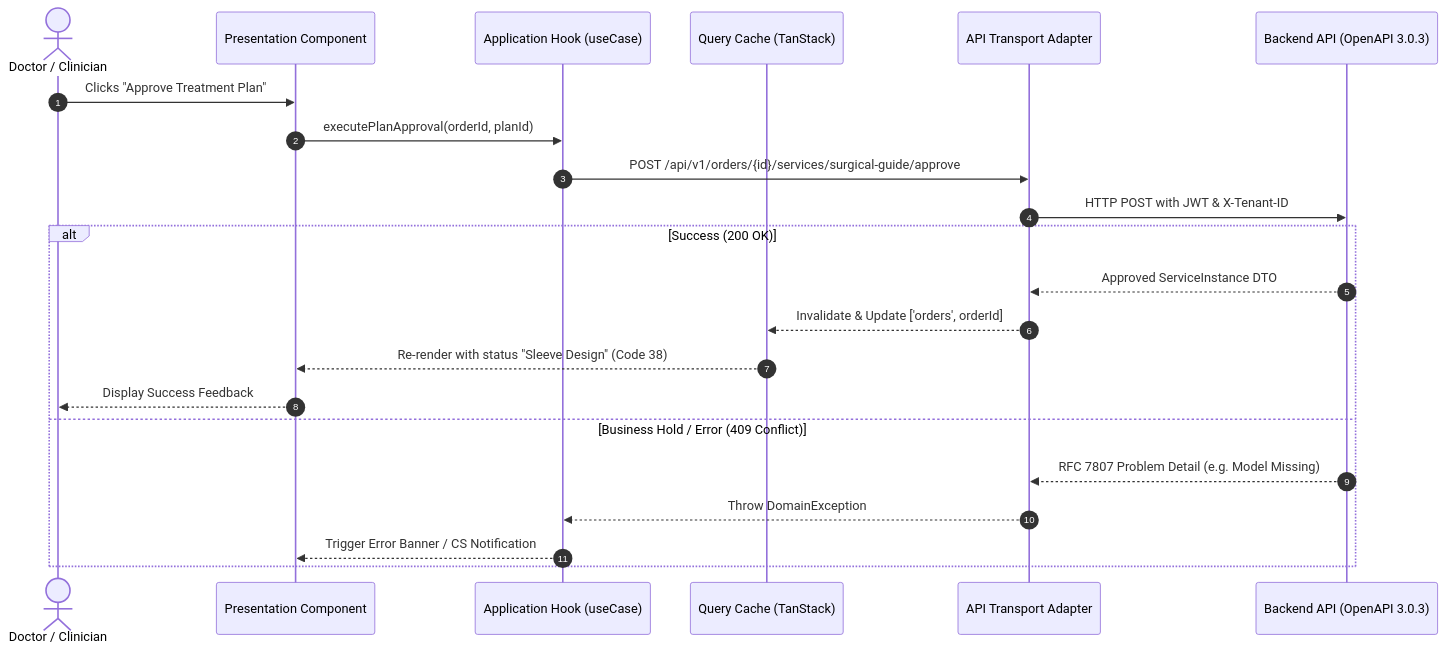
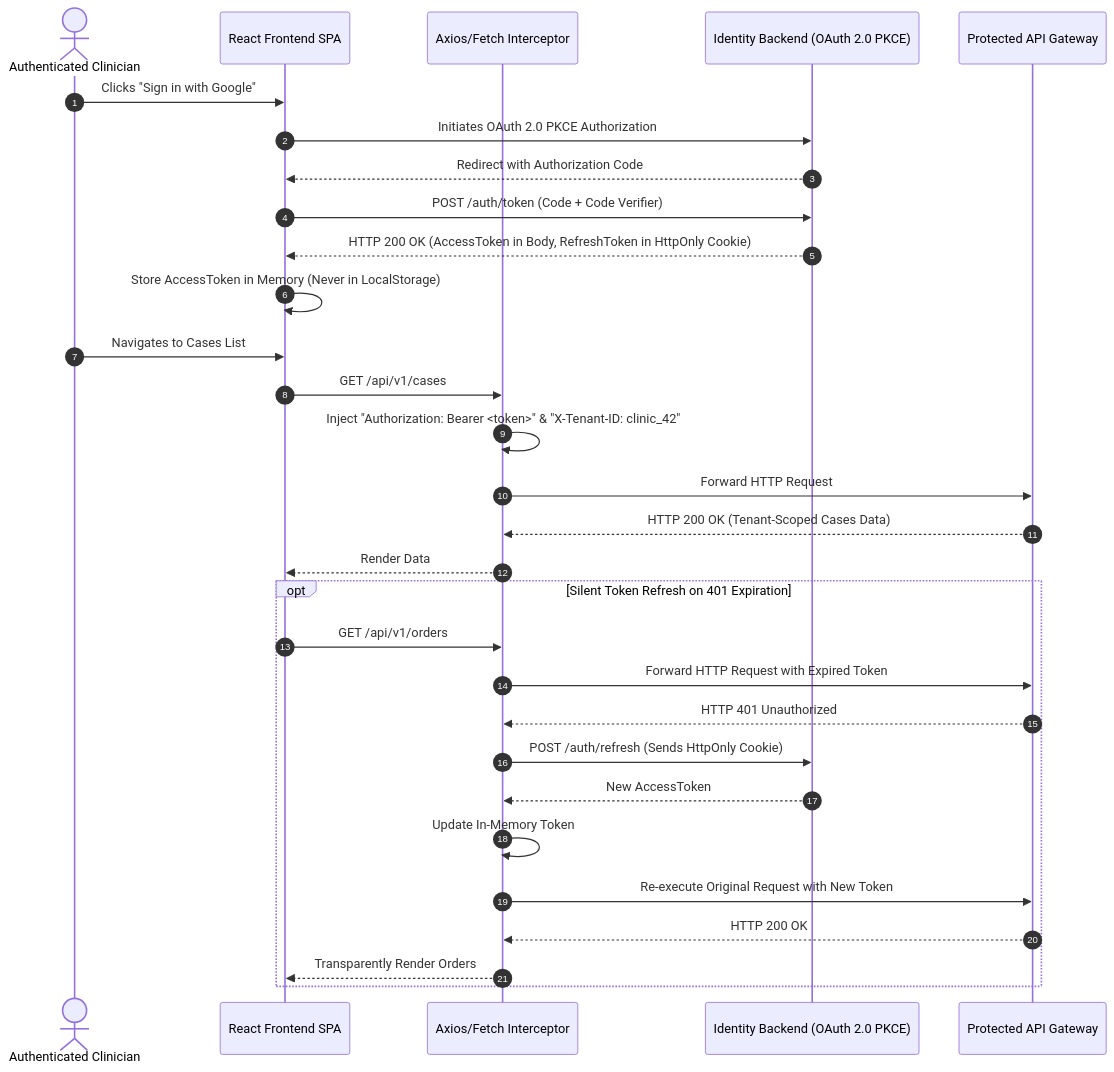
One commit to Abdo2000-1/newcp-ui-option-a changed the eighth of 11 diagrams in docs/01_PROJECT/SDS.md. Above: the diagram before and after it, drawn with Mermaid. The commit also changed other lines of this file and 2 other files, not shown here.

Commit message:
docs(T-000): add comprehensive UML diagrams and export SRS & SDS to PDF

````diff
--- a/docs/01_PROJECT/SDS.md
+++ b/docs/01_PROJECT/SDS.md
@@ -107,25 +562,35 @@
 ```mermaid
 sequenceDiagram
     autonumber
-    actor Clinician as Doctor / Clinician
-    participant UI as Presentation Component
-    participant Hook as Application Hook (useCase)
-    participant Cache as Query Cache (TanStack)
-    participant Adapter as API Transport Adapter
-    participant Backend as Backend API (OpenAPI 3.0.3)
+    actor User as Authenticated Clinician
+    participant App as React Frontend SPA
+    participant Interceptor as Axios/Fetch Interceptor
+    participant AuthServ as Identity Backend (OAuth 2.0 PKCE)
+    participant Api as Protected API Gateway
 
-    Clinician->>UI: Clicks "Approve Treatment Plan"
-    UI->>Hook: executePlanApproval(orderId, planId)
-    Hook->>Adapter: POST /api/v1/orders/{id}/services/surgical-guide/approve
-    Adapter->>Backend: HTTP POST with JWT & X-Tenant-ID
-    alt Success (200 OK)
-        Backend-->>Adapter: Approved ServiceInstance DTO
-        Adapter-->>Cache: Invalidate & Update ['orders', orderId]
-        Cache-->>UI: Re-render with status "Sleeve Design" (Code 38)
-        UI-->>Clinician: Display Success Feedback
-    else Business Hold / Error (409 Conflict)
-        Backend-->>Adapter: RFC 7807 Problem Detail (e.g. Model Missing)
-        Adapter-->>Hook: Throw DomainException
-        Hook-->>UI: Trigger Error Banner / CS Notification
+    User->>App: Clicks "Sign in with Google"
+    App->>AuthServ: Initiates OAuth 2.0 PKCE Authorization
+    AuthServ-->>App: Redirect with Authorization Code
+    App->>AuthServ: POST /auth/token (Code + Code Verifier)
+    AuthServ-->>App: HTTP 200 OK (AccessToken in Body, RefreshToken in HttpOnly Cookie)
+    App->>App: Store AccessToken in Memory (Never in LocalStorage)
+
+    User->>App: Navigates to Cases List
+    App->>Interceptor: GET /api/v1/cases
+    Interceptor->>Interceptor: Inject "Authorization: Bearer <token>" & "X-Tenant-ID: clinic_42"
+    Interceptor->>Api: Forward HTTP Request
+    Api-->>Interceptor: HTTP 200 OK (Tenant-Scoped Cases Data)
+    Interceptor-->>App: Render Data
+
+    opt Silent Token Refresh on 401 Expiration
+        App->>Interceptor: GET /api/v1/orders
+        Interceptor->>Api: Forward HTTP Request with Expired Token
+        Api-->>Interceptor: HTTP 401 Unauthorized
+        Interceptor->>AuthServ: POST /auth/refresh (Sends HttpOnly Cookie)
+        AuthServ-->>Interceptor: New AccessToken
+        Interceptor->>Interceptor: Update In-Memory Token
+        Interceptor->>Api: Re-execute Original Request with New Token
+        Api-->>Interceptor: HTTP 200 OK
+        Interceptor-->>App: Transparently Render Orders
     end
 ```
````
